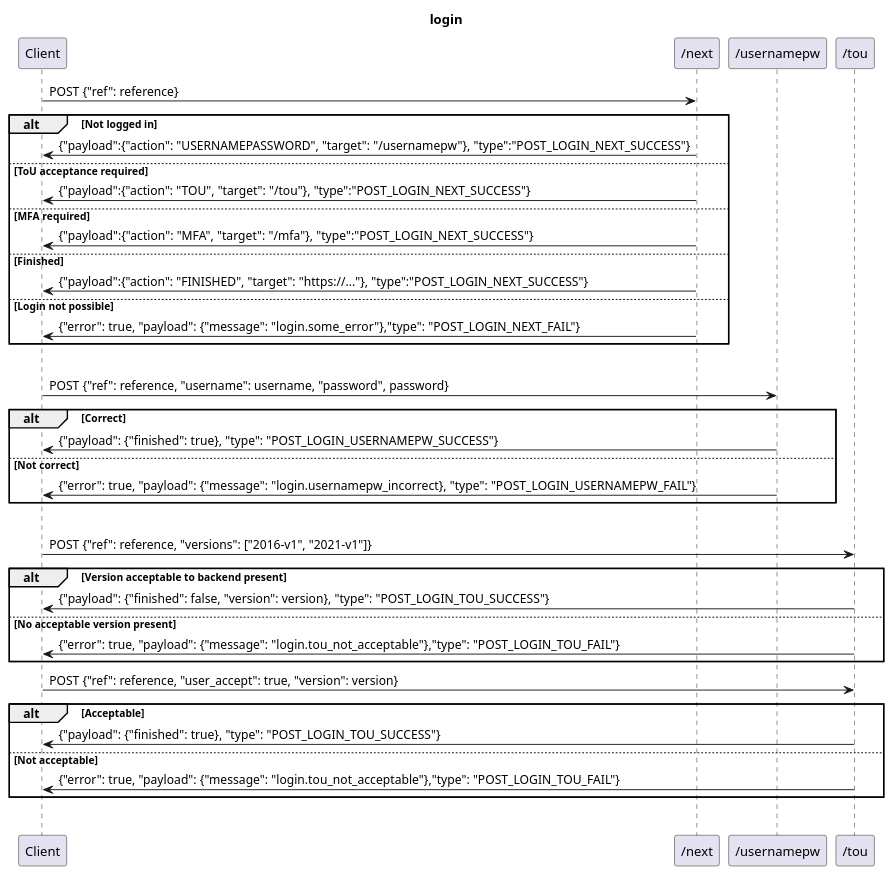
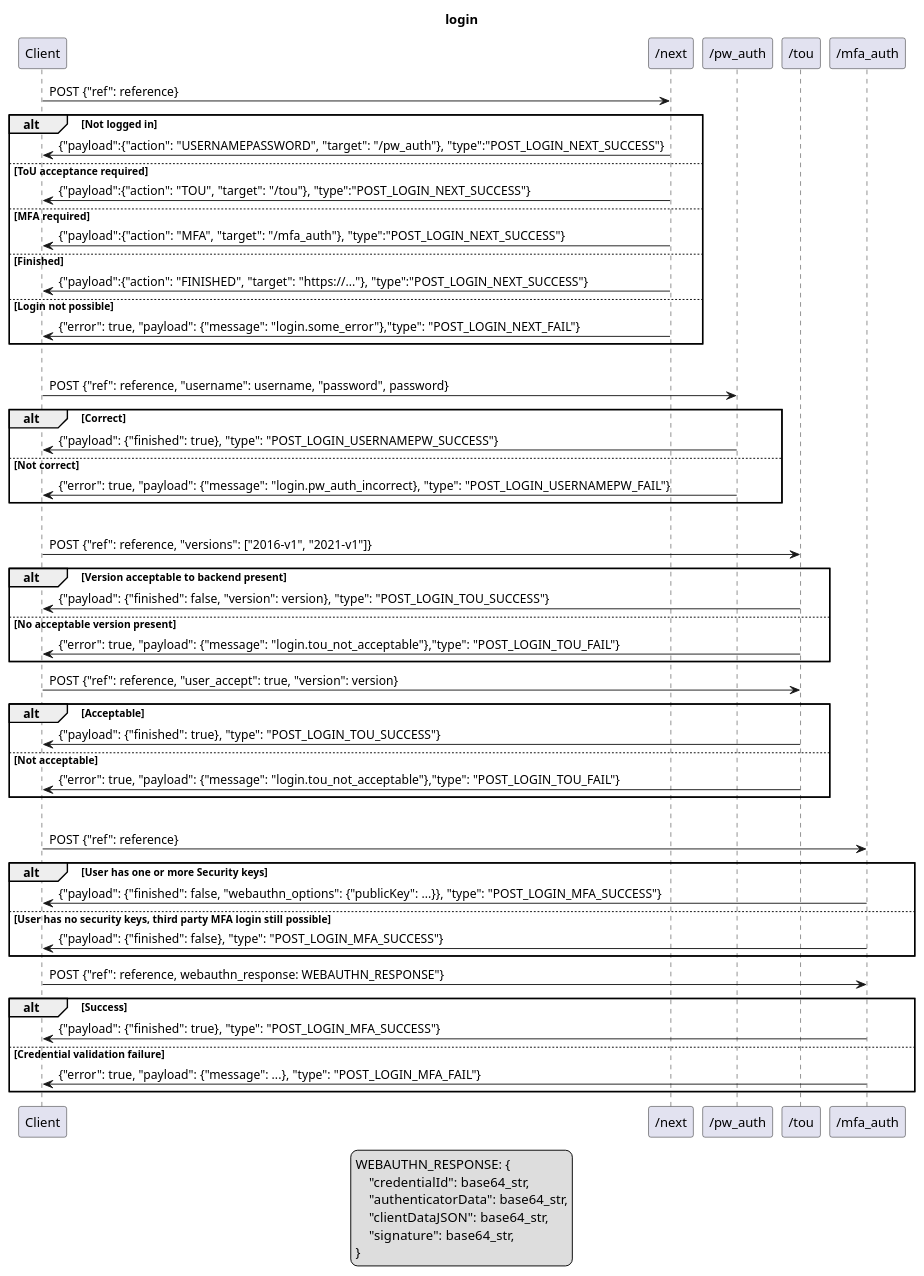
The diagram in doc/login.puml (SUNET/eduid-backend), drawn with PlantUML before and after one commit. The commit also changed 1 other file, not shown here.

Commit message:
some updates, and add mfa_auth

```diff
--- a/doc/login.puml
+++ b/doc/login.puml
@@ -1,42 +1,66 @@
 @startuml
 title login
 
+legend
+    WEBAUTHN_RESPONSE: {
+        "credentialId": base64_str,
+        "authenticatorData": base64_str,
+        "clientDataJSON": base64_str,
+        "signature": base64_str,
+    }
+end legend
+
 Client->"/next": POST {"ref": reference}
 alt Not logged in
-    "/next"->Client: {"payload":{"action": "USERNAMEPASSWORD", "target": "/usernamepw"}, "type":"POST_LOGIN_NEXT_SUCCESS"}
+    "/next"->Client: {"payload":{"action": "USERNAMEPASSWORD", "target": "/pw_auth"}, "type":"POST_LOGIN_NEXT_SUCCESS"}
 else ToU acceptance required
     "/next"->Client: {"payload":{"action": "TOU", "target": "/tou"}, "type":"POST_LOGIN_NEXT_SUCCESS"}
 else MFA required
-    "/next"->Client: {"payload":{"action": "MFA", "target": "/mfa"}, "type":"POST_LOGIN_NEXT_SUCCESS"}
+    "/next"->Client: {"payload":{"action": "MFA", "target": "/mfa_auth"}, "type":"POST_LOGIN_NEXT_SUCCESS"}
 else Finished
     "/next"->Client: {"payload":{"action": "FINISHED", "target": "https://..."}, "type":"POST_LOGIN_NEXT_SUCCESS"}
 else Login not possible
     "/next"->Client: {"error": true, "payload": {"message": "login.some_error"},"type": "POST_LOGIN_NEXT_FAIL"}
 end
 |||
 
-Client->"/usernamepw": POST {"ref": reference, "username": username, "password", password}
+Client->"/pw_auth": POST {"ref": reference, "username": username, "password", password}
 alt Correct
-    "/usernamepw"->Client: {"payload": {"finished": true}, "type": "POST_LOGIN_USERNAMEPW_SUCCESS"}
+    "/pw_auth"->Client: {"payload": {"finished": true}, "type": "POST_LOGIN_USERNAMEPW_SUCCESS"}
 else Not correct
-    "/usernamepw"->Client: {"error": true, "payload": {"message": "login.usernamepw_incorrect}, "type": "POST_LOGIN_USERNAMEPW_FAIL"}
+    "/pw_auth"->Client: {"error": true, "payload": {"message": "login.pw_auth_incorrect}, "type": "POST_LOGIN_USERNAMEPW_FAIL"}
 end
 |||
 
 Client->"/tou": POST {"ref": reference, "versions": ["2016-v1", "2021-v1"]}
 alt Version acceptable to backend present
     "/tou"->Client: {"payload": {"finished": false, "version": version}, "type": "POST_LOGIN_TOU_SUCCESS"}
 else No acceptable version present
     "/tou"->Client: {"error": true, "payload": {"message": "login.tou_not_acceptable"},"type": "POST_LOGIN_TOU_FAIL"}
 end
 
 
 Client->"/tou": POST {"ref": reference, "user_accept": true, "version": version}
 alt Acceptable
     "/tou"->Client: {"payload": {"finished": true}, "type": "POST_LOGIN_TOU_SUCCESS"}
 else Not acceptable
     "/tou"->Client: {"error": true, "payload": {"message": "login.tou_not_acceptable"},"type": "POST_LOGIN_TOU_FAIL"}
 end
 |||
 
+Client->"/mfa_auth": POST {"ref": reference}
+alt User has one or more Security keys
+    "/mfa_auth"->Client: {"payload": {"finished": false, "webauthn_options": {"publicKey": ...}}, "type": "POST_LOGIN_MFA_SUCCESS"}
+else User has no security keys, third party MFA login still possible
+    "/mfa_auth"->Client: {"payload": {"finished": false}, "type": "POST_LOGIN_MFA_SUCCESS"}
+end
+
+Client->"/mfa_auth": POST {"ref": reference, webauthn_response: WEBAUTHN_RESPONSE"}
+alt Success
+    "/mfa_auth"->Client: {"payload": {"finished": true}, "type": "POST_LOGIN_MFA_SUCCESS"}
+else Credential validation failure
+    "/mfa_auth"->Client: {"error": true, "payload": {"message": ...}, "type": "POST_LOGIN_MFA_FAIL"}
+end
+
+
 @enduml
```
